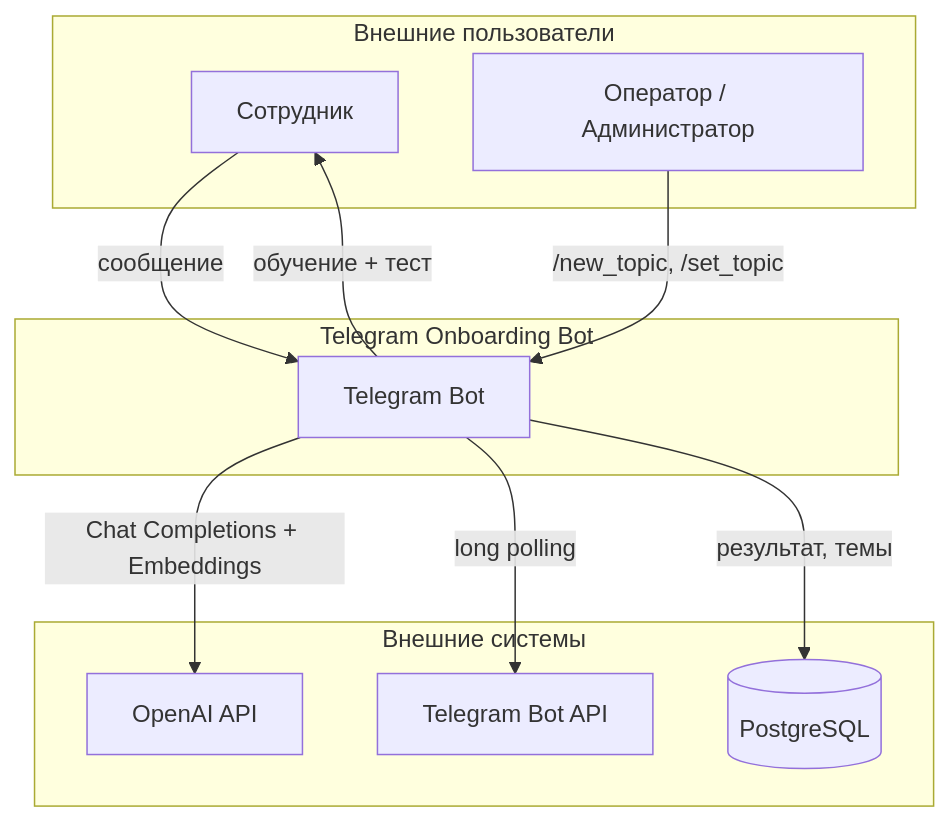
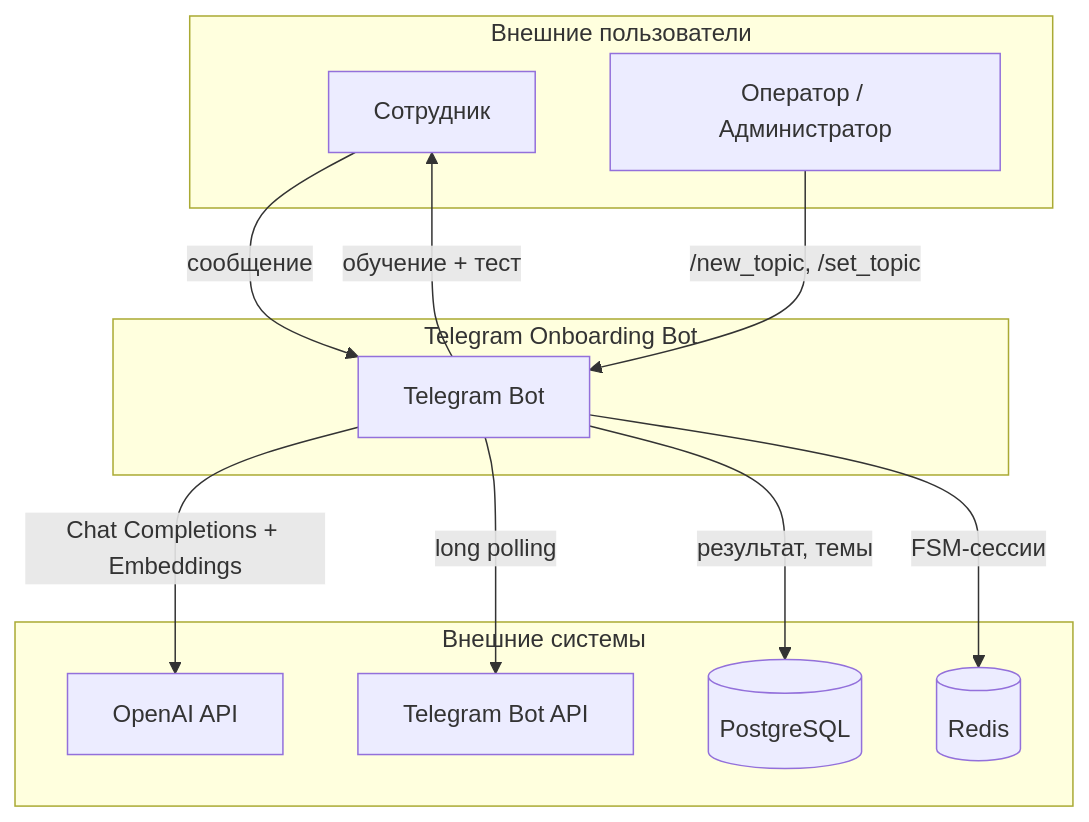
One commit to AlexLvGulyaev/telegram-onboarding-bot changed the first of 3 diagrams in docs/ARCHITECTURE.md. Above: the diagram before and after it, drawn with Mermaid. The commit also changed other lines of this file and 4 other files, not shown here.

First line of the commit message:
docs: reflect retry/Redis FSM/RBAC//edit_topic in architecture & guides

````diff
--- a/docs/ARCHITECTURE.md
+++ b/docs/ARCHITECTURE.md
@@ -27,24 +27,26 @@
 ```mermaid
 flowchart TD
     subgraph "Внешние пользователи"
         S[Сотрудник]
         A[Оператор / Администратор]
     end
 
     subgraph "Telegram Onboarding Bot"
         B[Telegram Bot]
     end
 
     subgraph "Внешние системы"
         OA[OpenAI API]
         TB[Telegram Bot API]
         DB[(PostgreSQL)]
+        R[(Redis)]
     end
 
     S -->|сообщение| B
     B -->|обучение + тест| S
     A -->|/new_topic, /set_topic| B
     B -->|Chat Completions + Embeddings| OA
     B -->|long polling| TB
     B -->|результат, темы| DB
+    B -->|FSM-сессии| R
 ```
````
